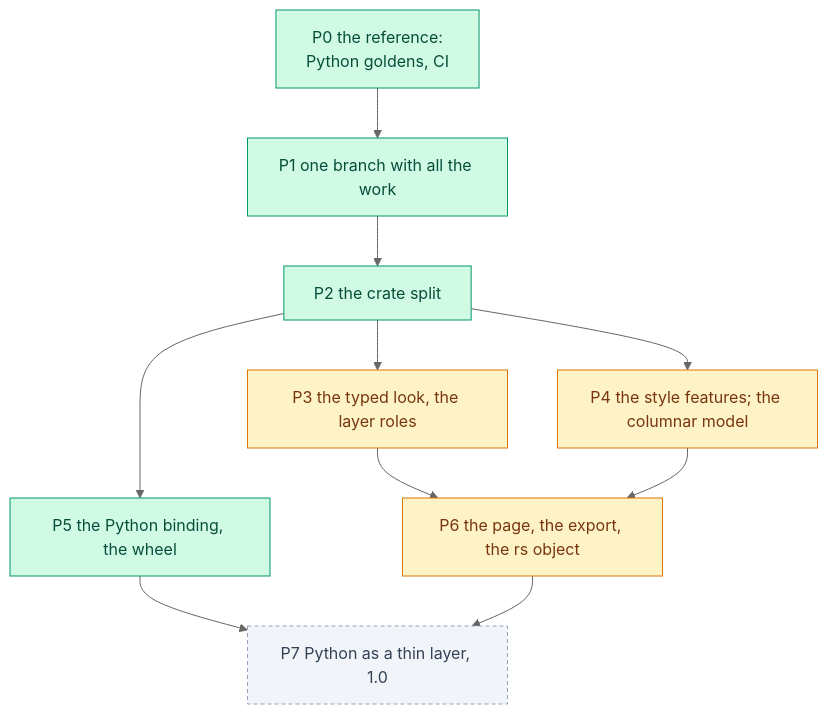
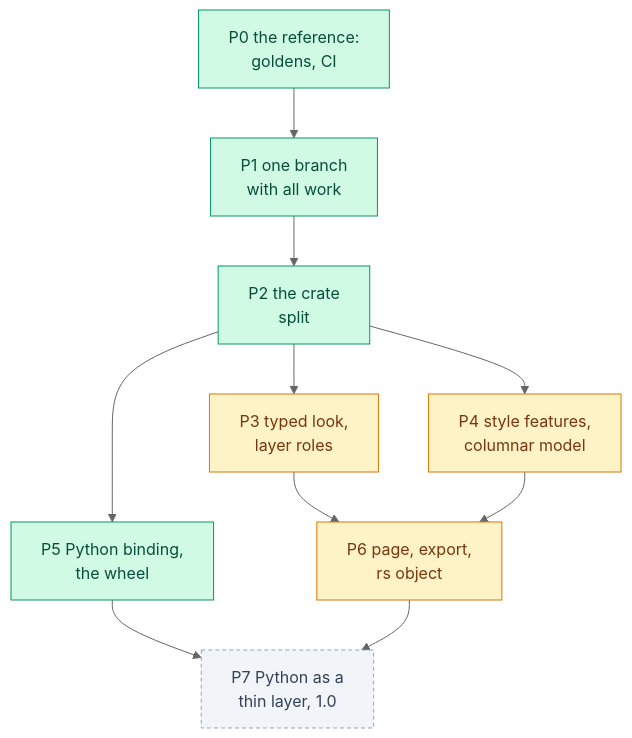
The sixth of 6 diagrams in docs/rust/architecture.md (Khoshkhah/roadstyle), drawn with Mermaid (neutral theme) before and after one commit. The commit also changed other lines of this file and 1 other file, not shown here.

First line of the commit message:
docs: diagrams that fit their text, and a simpler data flow

````diff
--- a/docs/rust/architecture.md
+++ b/docs/rust/architecture.md
@@ -443,18 +423,18 @@
 ```mermaid
 flowchart TB
-    P0["P0 the reference:<br/>Python goldens, CI"]:::done
-    P1["P1 one branch with all the work"]:::done
-    P2["P2 the crate split"]:::done
-    P3["P3 the typed look, the layer roles"]:::part
-    P4["P4 the style features; the columnar model"]:::part
-    P5["P5 the Python binding, the wheel"]:::done
-    P6["P6 the page, the export, the rs object"]:::part
-    P7["P7 Python as a thin layer, 1.0"]:::open
+    P0["P0 the reference:<br/>goldens, CI"]:::done
+    P1["P1 one branch<br/>with all work"]:::done
+    P2["P2 the crate<br/>split"]:::done
+    P3["P3 typed look,<br/>layer roles"]:::part
+    P4["P4 style features,<br/>columnar model"]:::part
+    P5["P5 Python binding,<br/>the wheel"]:::done
+    P6["P6 page, export,<br/>rs object"]:::part
+    P7["P7 Python as a<br/>thin layer, 1.0"]:::open
     P0 --> P1 --> P2
     P2 --> P3 & P4 & P5
     P3 & P4 --> P6
     P5 & P6 --> P7
     classDef done fill:#d1fae5,stroke:#059669,color:#064e3b
     classDef part fill:#fef3c7,stroke:#d97706,color:#78350f
     classDef open fill:#f1f5f9,stroke:#94a3b8,color:#334155,stroke-dasharray:4 3
 ```
````
